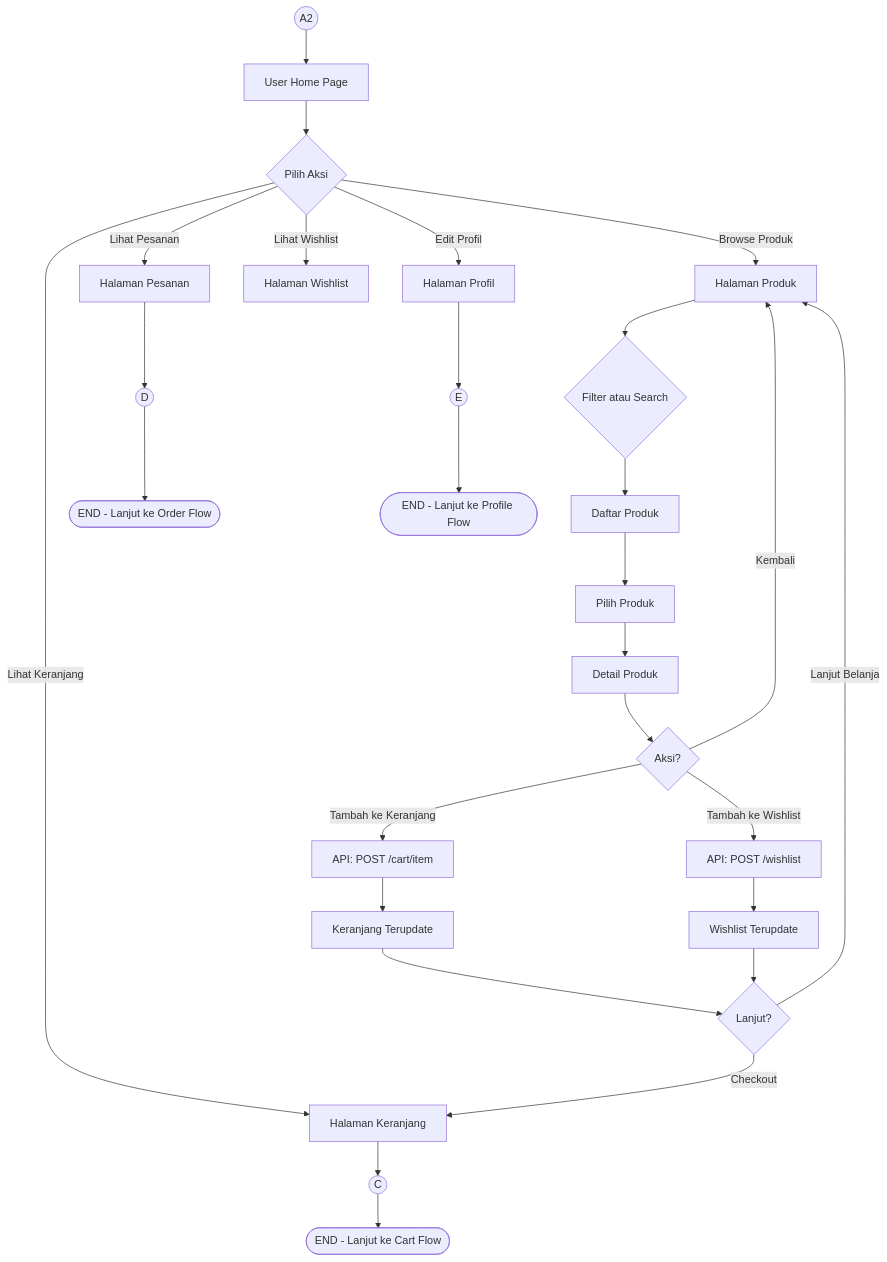
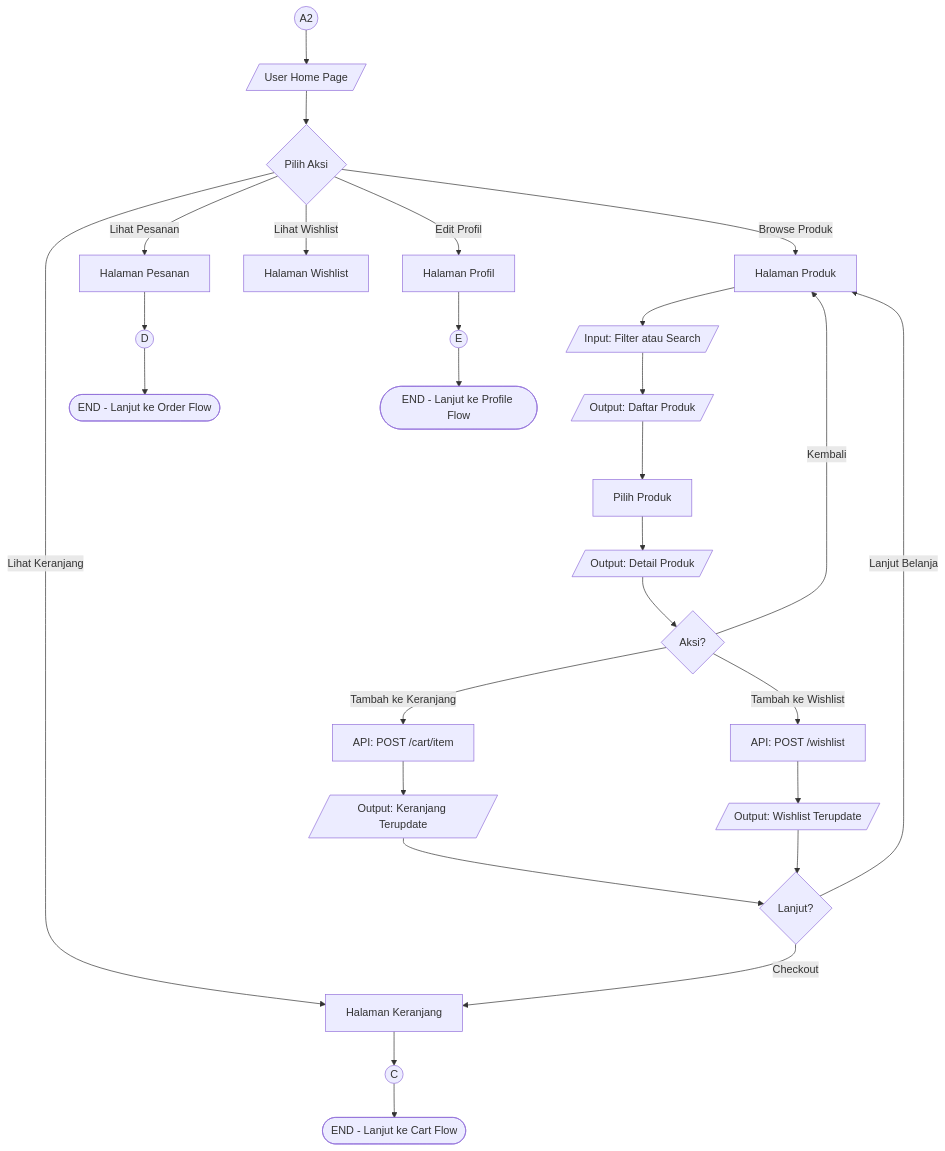
Before and after one commit to Wannzh/greeceri-store-fe: the third of 7 diagrams in FLOWCHART.md, drawn with Mermaid. The commit also changed other lines of this file and 9 other files, not shown here.

Commit message:
Edit Flowchart

````diff
--- a/FLOWCHART.md
+++ b/FLOWCHART.md
@@ -106,44 +106,44 @@
 ```mermaid
 flowchart TD
-    USER_START((A2)) --> USER_HOME[User Home Page]
+    USER_START((A2)) --> USER_HOME[/User Home Page/]
 
     USER_HOME --> USER_ACTION{Pilih Aksi}
 
     USER_ACTION -->|Browse Produk| PRODUCTS[Halaman Produk]
     USER_ACTION -->|Lihat Keranjang| CART[Halaman Keranjang]
     USER_ACTION -->|Lihat Pesanan| ORDERS[Halaman Pesanan]
     USER_ACTION -->|Lihat Wishlist| WISHLIST[Halaman Wishlist]
     USER_ACTION -->|Edit Profil| PROFILE[Halaman Profil]
 
     %% Product Browsing
-    PRODUCTS --> FILTER{Filter atau Search}
-    FILTER --> PRODUCT_LIST[Daftar Produk]
+    PRODUCTS --> FILTER[/Input: Filter atau Search/]
+    FILTER --> PRODUCT_LIST[/Output: Daftar Produk/]
     PRODUCT_LIST --> SELECT_PRODUCT[Pilih Produk]
-    SELECT_PRODUCT --> PRODUCT_DETAIL[Detail Produk]
+    SELECT_PRODUCT --> PRODUCT_DETAIL[/Output: Detail Produk/]
 
     PRODUCT_DETAIL --> PROD_ACTION{Aksi?}
     PROD_ACTION -->|Tambah ke Keranjang| ADD_CART["API: POST /cart/item"]
     PROD_ACTION -->|Tambah ke Wishlist| ADD_WISH["API: POST /wishlist"]
     PROD_ACTION -->|Kembali| PRODUCTS
 
-    ADD_CART --> CART_UPDATED[Keranjang Terupdate]
-    ADD_WISH --> WISH_UPDATED[Wishlist Terupdate]
+    ADD_CART --> CART_UPDATED[/Output: Keranjang Terupdate/]
+    ADD_WISH --> WISH_UPDATED[/Output: Wishlist Terupdate/]
     CART_UPDATED --> CONTINUE{Lanjut?}
     WISH_UPDATED --> CONTINUE
 
     CONTINUE -->|Lanjut Belanja| PRODUCTS
     CONTINUE -->|Checkout| CART
 
     %% Cart Flow
     CART --> CART_C((C))
 
     %% Orders Flow
     ORDERS --> ORDERS_D((D))
 
     %% Profile Flow
     PROFILE --> PROFILE_E((E))
 
     CART_C --> END_CART([END - Lanjut ke Cart Flow])
     ORDERS_D --> END_ORDERS([END - Lanjut ke Order Flow])
     PROFILE_E --> END_PROFILE([END - Lanjut ke Profile Flow])
 ```
````
